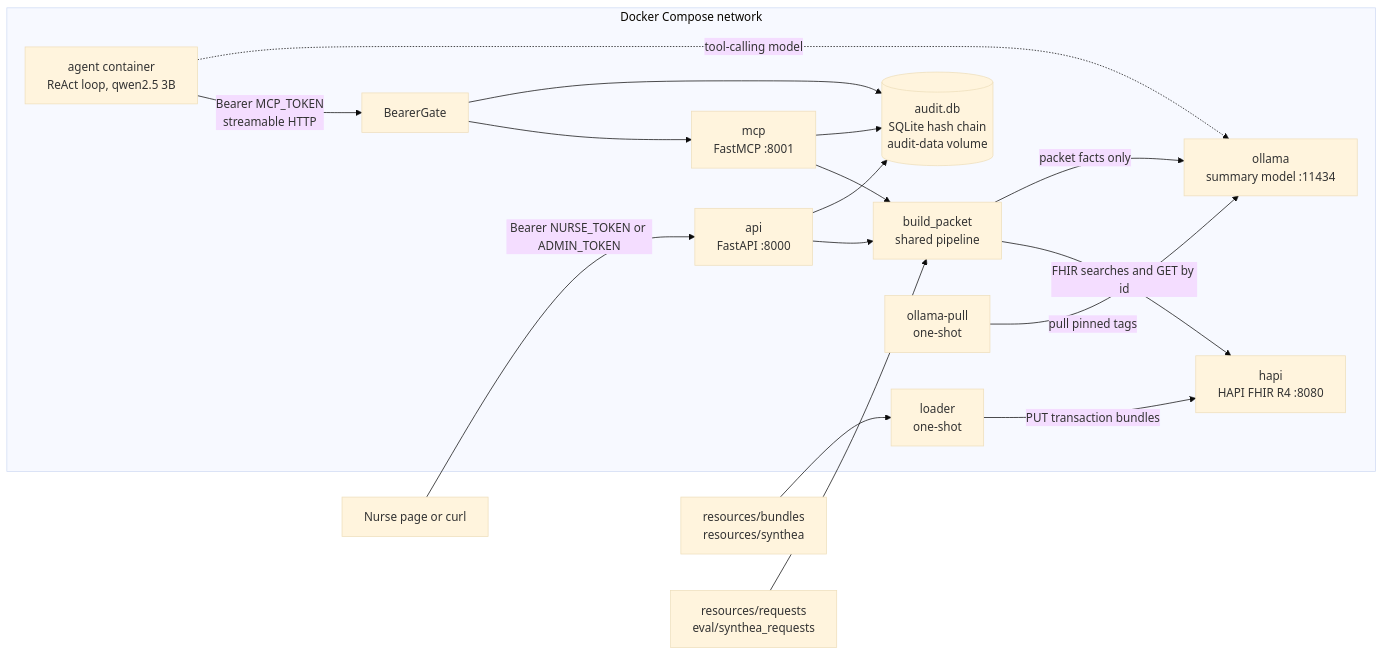
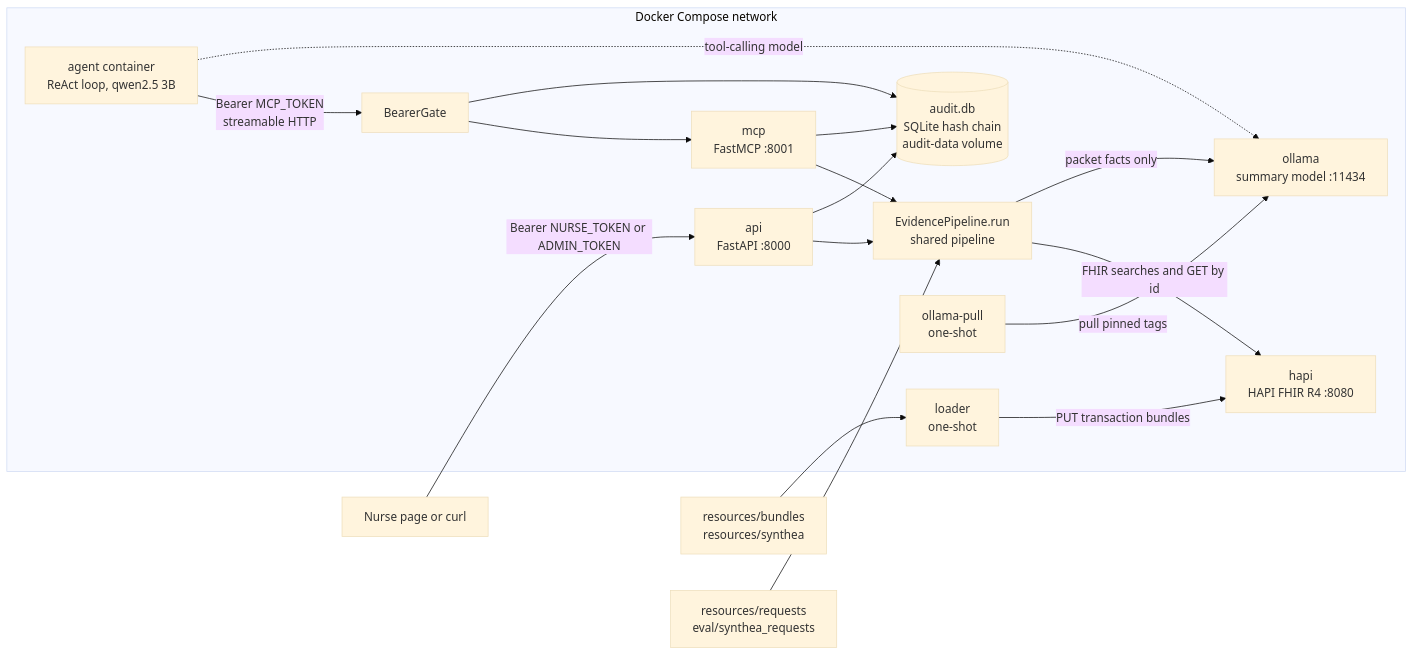
Before and after one commit to xxxx900/autonomize_pre_authorize: the first of 2 diagrams in docs/dataflow.md, drawn with Mermaid (base theme). The commit also changed other lines of this file and 8 other files, not shown here.

````diff
--- a/docs/dataflow.md
+++ b/docs/dataflow.md
@@ -7,23 +7,23 @@
 ```mermaid
 flowchart LR
     nurse["Nurse page or curl"] -->|"Bearer NURSE_TOKEN or ADMIN_TOKEN"| api
     agent["agent container<br/>ReAct loop, qwen2.5 3B"] -->|"Bearer MCP_TOKEN<br/>streamable HTTP"| gate
 
     subgraph compose["Docker Compose network"]
         api["api<br/>FastAPI :8000"]
         gate["BearerGate"] --> mcp["mcp<br/>FastMCP :8001"]
-        api --> pipeline["build_packet<br/>shared pipeline"]
+        api --> pipeline["EvidencePipeline.run<br/>shared pipeline"]
         mcp --> pipeline
         pipeline -->|"FHIR searches and GET by id"| hapi["hapi<br/>HAPI FHIR R4 :8080"]
         pipeline -->|"packet facts only"| ollama["ollama<br/>summary model :11434"]
         agent -.->|"tool-calling model"| ollama
         api --> audit[("audit.db<br/>SQLite hash chain<br/>audit-data volume")]
         gate --> audit
         mcp --> audit
         loader["loader<br/>one-shot"] -->|"PUT transaction bundles"| hapi
         pull["ollama-pull<br/>one-shot"] -->|"pull pinned tags"| ollama
     end
 
     bundles["resources/bundles<br/>resources/synthea"] --> loader
     forms["resources/requests<br/>eval/synthea_requests"] --> pipeline
 ```
````
